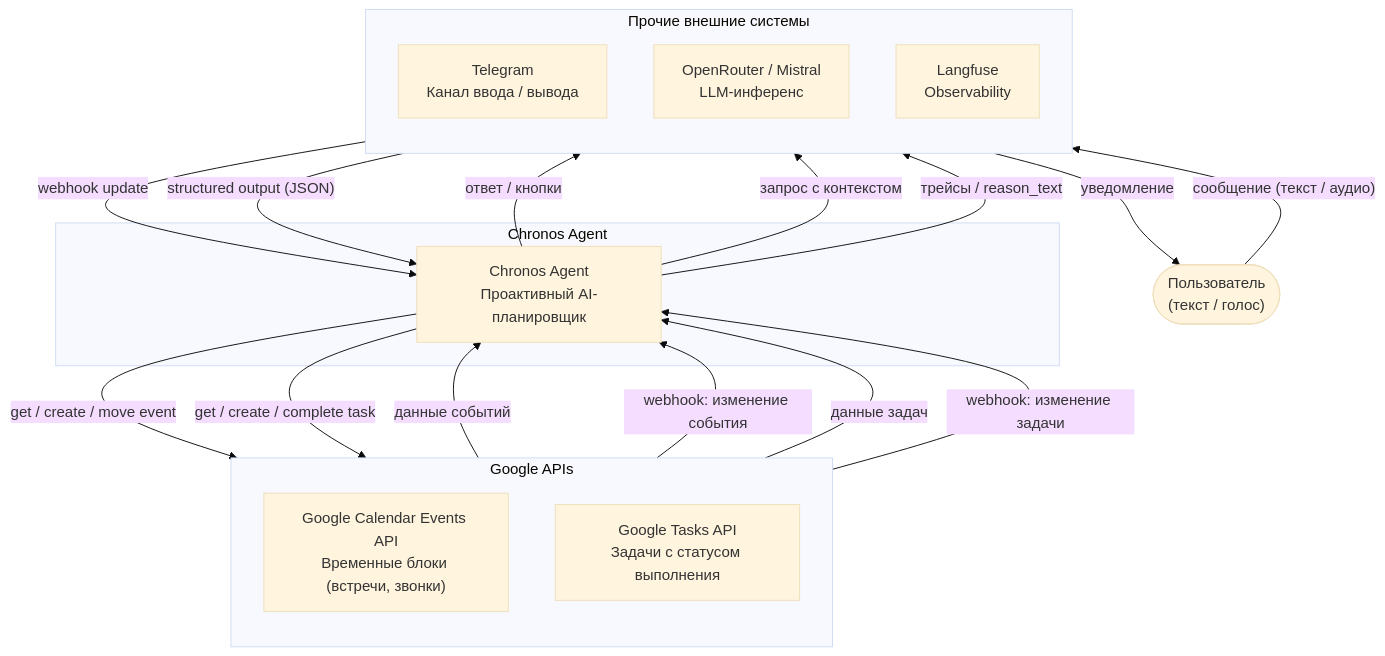
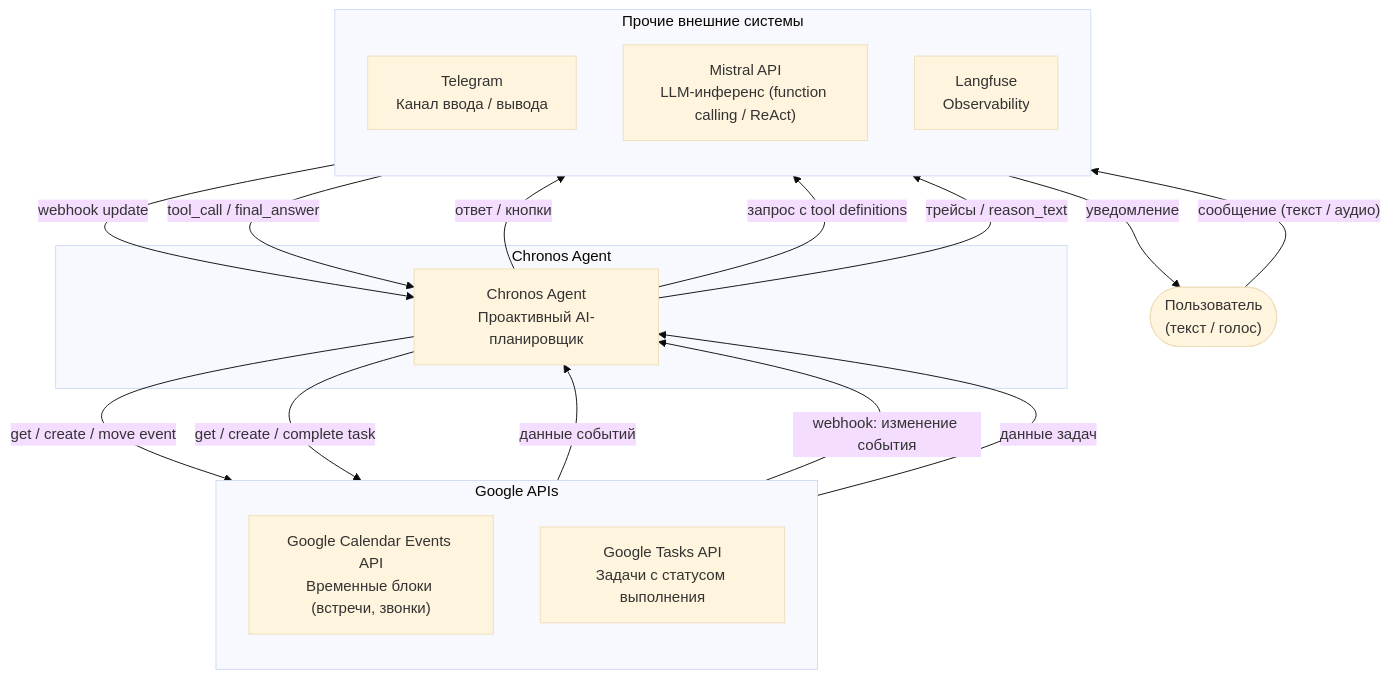
Before and after one commit to s2021sss/Chronos-Agent: the diagram in docs/diagrams/01-c4-context.md, drawn with Mermaid (base theme). The commit also changed other lines of this file and 13 other files, not shown here.

````diff
--- a/docs/diagrams/01-c4-context.md
+++ b/docs/diagrams/01-c4-context.md
@@ -32,39 +32,38 @@
 ```mermaid
 flowchart TB
     User(["Пользователь<br/>(текст / голос)"])
 
     subgraph SYSTEM ["Chronos Agent"]
         Agent["Chronos Agent<br/>Проактивный AI-планировщик"]
     end
 
     subgraph GOOGLE ["Google APIs"]
         direction TB
         GCalEv["Google Calendar Events API<br/>Временные блоки (встречи, звонки)"]
         GTask["Google Tasks API<br/>Задачи с статусом выполнения"]
     end
 
     subgraph EXT ["Прочие внешние системы"]
         direction TB
         TG["Telegram<br/>Канал ввода / вывода"]
-        LLM["OpenRouter / Mistral<br/>LLM-инференс"]
+        LLM["Mistral API<br/>LLM-инференс (function calling / ReAct)"]
         LF["Langfuse<br/>Observability"]
     end
 
     User -- "сообщение (текст / аудио)" --> TG
     TG -- "webhook update" --> Agent
     Agent -- "ответ / кнопки" --> TG
     TG -- "уведомление" --> User
 
     Agent -- "get / create / move event" --> GCalEv
     GCalEv -- "данные событий" --> Agent
     GCalEv -- "webhook: изменение события" --> Agent
 
     Agent -- "get / create / complete task" --> GTask
     GTask -- "данные задач" --> Agent
-    GTask -- "webhook: изменение задачи" --> Agent
 
-    Agent -- "запрос с контекстом" --> LLM
-    LLM -- "structured output (JSON)" --> Agent
+    Agent -- "запрос с tool definitions" --> LLM
+    LLM -- "tool_call / final_answer" --> Agent
 
     Agent -- "трейсы / reason_text" --> LF
 ```
````
